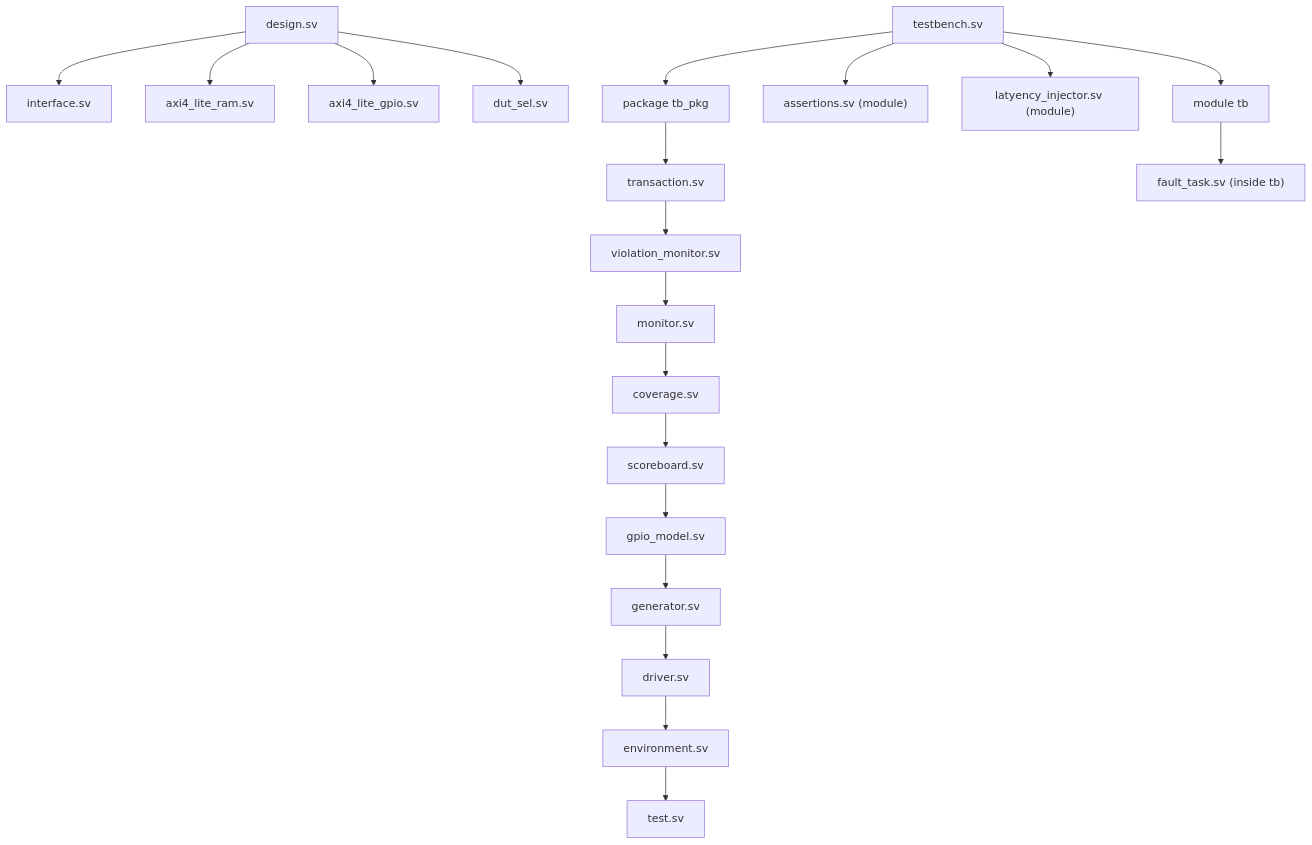
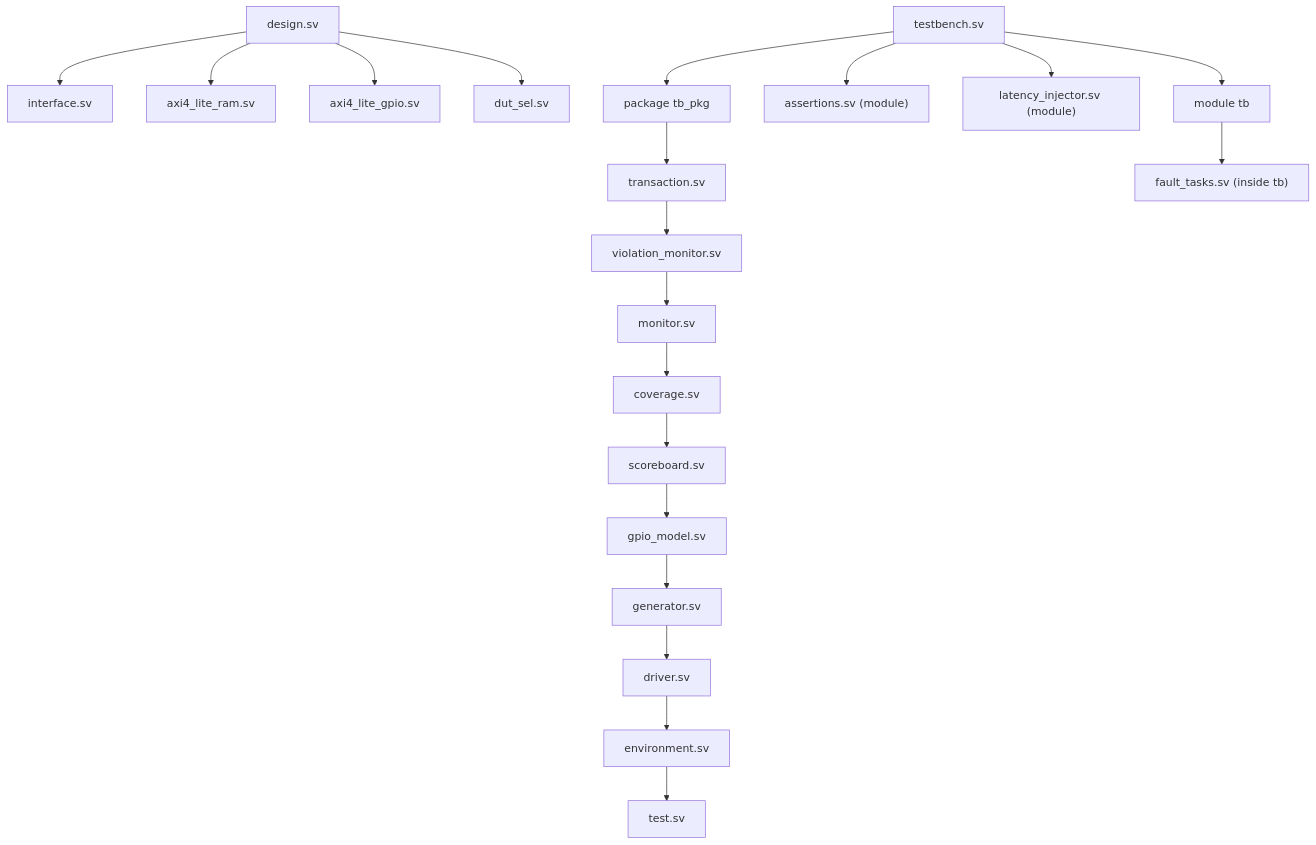
The fifth of 10 diagrams in README.md (shreedharpatil7141/AXI4-Lite-Compliance-Checker), drawn with Mermaid before and after one commit. The commit also changed other lines of this file and 68 other files, not shown here.

````diff
--- a/README.md
+++ b/README.md
@@ -220,13 +220,13 @@
 ```mermaid
 flowchart TB
     DS["design.sv"] --> IF["interface.sv"]
     DS --> RAM["axi4_lite_ram.sv"]
     DS --> GP["axi4_lite_gpio.sv"]
     DS --> SEL["dut_sel.sv"]
 
     TBS["testbench.sv"] --> PKG["package tb_pkg"]
     PKG --> T1["transaction.sv"] --> T2["violation_monitor.sv"] --> T3["monitor.sv"] --> T4["coverage.sv"] --> T5["scoreboard.sv"] --> T6["gpio_model.sv"] --> T7["generator.sv"] --> T8["driver.sv"] --> T9["environment.sv"] --> T10["test.sv"]
     TBS --> ASR["assertions.sv (module)"]
-    TBS --> SHM["latyency_injector.sv (module)"]
-    TBS --> TOP["module tb"] --> FLT["fault_task.sv (inside tb)"]
+    TBS --> SHM["latency_injector.sv (module)"]
+    TBS --> TOP["module tb"] --> FLT["fault_tasks.sv (inside tb)"]
 ```
````
